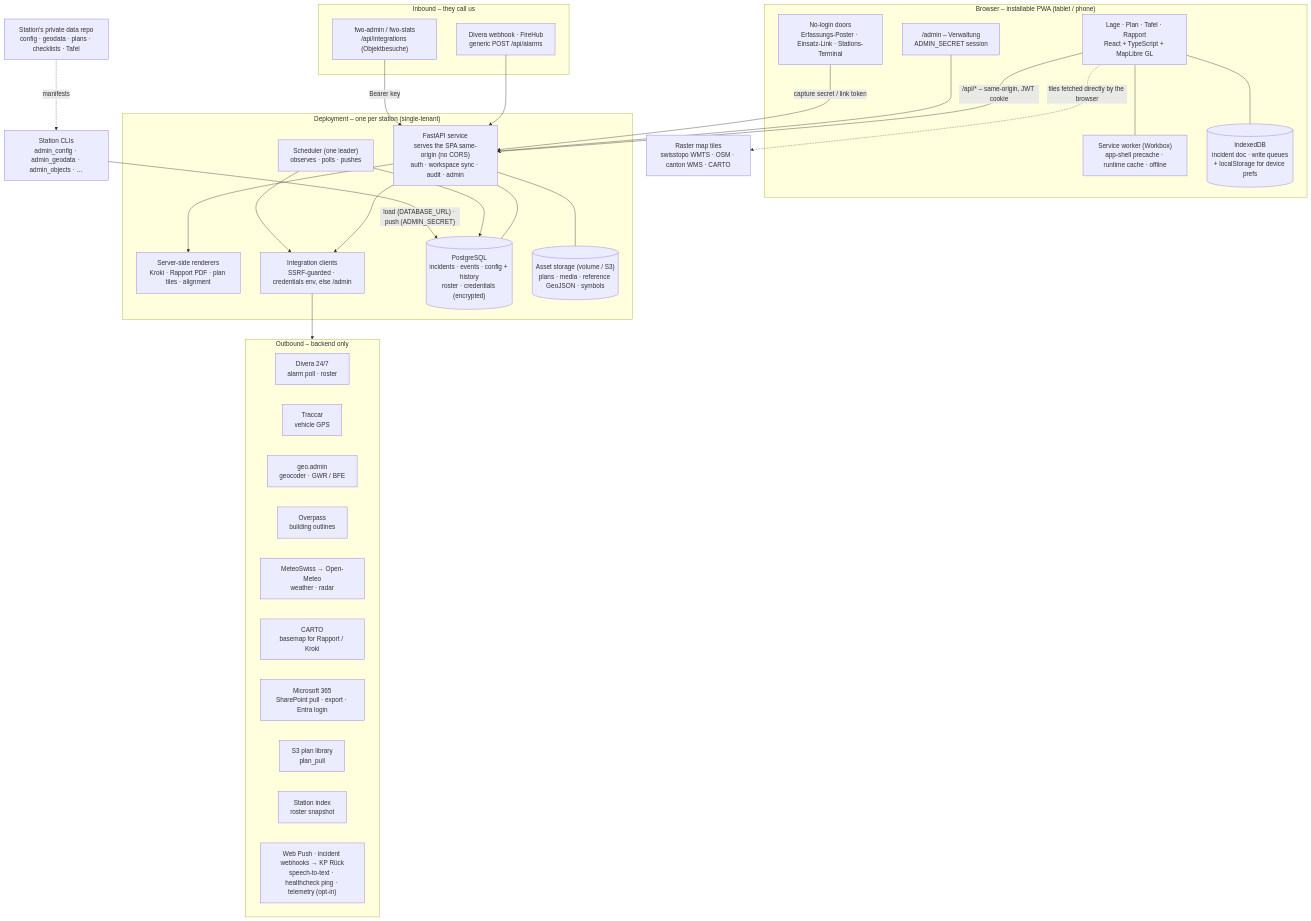
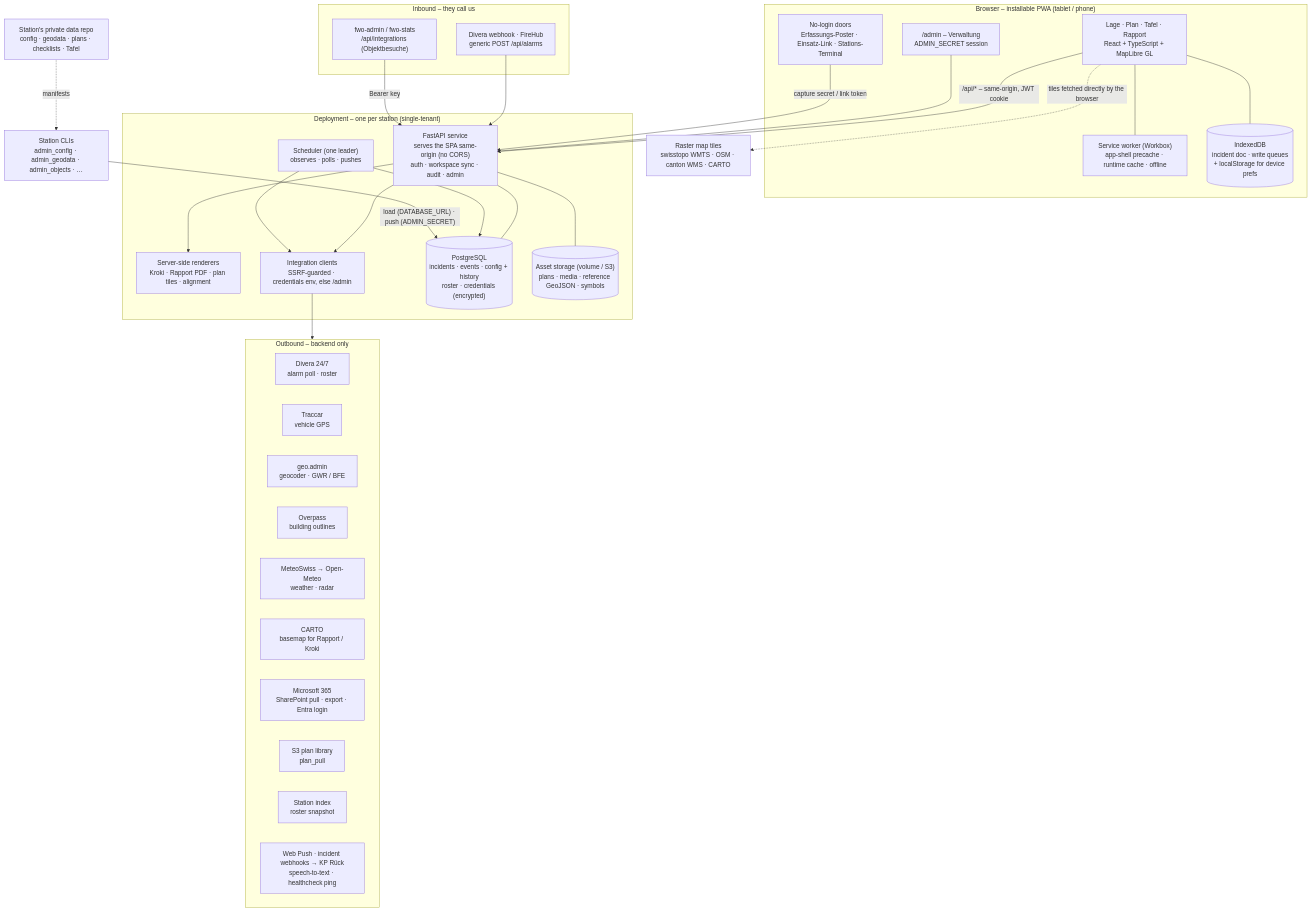
One commit to cryptoOsoft/kp-front changed the first of 5 diagrams in docs/ARCHITECTURE.md. Above: the diagram before and after it, drawn with Mermaid. The commit also changed other lines of this file and 46 other files, not shown here.

````diff
--- a/docs/ARCHITECTURE.md
+++ b/docs/ARCHITECTURE.md
@@ -27,59 +27,59 @@
 ```mermaid
 flowchart TB
   subgraph CLIENT["Browser – installable PWA (tablet / phone)"]
     UI["Lage · Plan · Tafel · Rapport<br/>React + TypeScript + MapLibre GL"]
     SW["Service worker (Workbox)<br/>app-shell precache · runtime cache · offline"]
     LS[("IndexedDB<br/>incident doc · write queues<br/>+ localStorage for device prefs")]
     ADM["/admin – Verwaltung<br/>ADMIN_SECRET session"]
     DOORS["No-login doors<br/>Erfassungs-Poster · Einsatz-Link · Stations-Terminal"]
     UI --- SW
     UI --- LS
   end
 
   subgraph DEP["Deployment – one per station (single-tenant)"]
     API["FastAPI service<br/>serves the SPA same-origin (no CORS)<br/>auth · workspace sync · audit · admin"]
     SCHED["Scheduler (one leader)<br/>observes · polls · pushes"]
     REND["Server-side renderers<br/>Kroki · Rapport PDF · plan tiles · alignment"]
     EGR["Integration clients<br/>SSRF-guarded · credentials env, else /admin"]
     DB[("PostgreSQL<br/>incidents · events · config + history<br/>roster · credentials (encrypted)")]
     FILES[("Asset storage (volume / S3)<br/>plans · media · reference GeoJSON · symbols")]
     API --- DB
     API --- FILES
     API --> REND
     API --> EGR
     SCHED --> EGR
     SCHED --> DB
   end
 
   subgraph INBOUND["Inbound – they call us"]
     DIVW["Divera webhook · FireHub<br/>generic POST /api/alarms"]
     ORG["fwo-admin / fwo-stats<br/>/api/integrations (Objektbesuche)"]
   end
 
   subgraph EXT["Outbound – backend only"]
     DIV["Divera 24/7<br/>alarm poll · roster"]
     TRC["Traccar<br/>vehicle GPS"]
     GEO["geo.admin<br/>geocoder · GWR / BFE"]
     OSM["Overpass<br/>building outlines"]
     WX["MeteoSwiss → Open-Meteo<br/>weather · radar"]
     CARTO["CARTO<br/>basemap for Rapport / Kroki"]
     MS["Microsoft 365<br/>SharePoint pull · export · Entra login"]
     S3P["S3 plan library<br/>plan_pull"]
     IDX["Station index<br/>roster snapshot"]
-    OUT["Web Push · incident webhooks → KP Rück<br/>speech-to-text · healthcheck ping · telemetry (opt-in)"]
+    OUT["Web Push · incident webhooks → KP Rück<br/>speech-to-text · healthcheck ping"]
   end
 
   TILES["Raster map tiles<br/>swisstopo WMTS · OSM · canton WMS · CARTO"]
   PRIV["Station's private data repo<br/>config · geodata · plans · checklists · Tafel"]
   CLI["Station CLIs<br/>admin_config · admin_geodata · admin_objects · …"]
 
   UI -->|"/api/* – same-origin, JWT cookie"| API
   ADM --> API
   DOORS -->|"capture secret / link token"| API
   DIVW --> API
   ORG -->|"Bearer key"| API
   EGR --> EXT
   UI -. "tiles fetched directly by the browser" .-> TILES
   PRIV -. manifests .-> CLI
   CLI -->|"load (DATABASE_URL) · push (ADMIN_SECRET)"| DB
 ```
````
